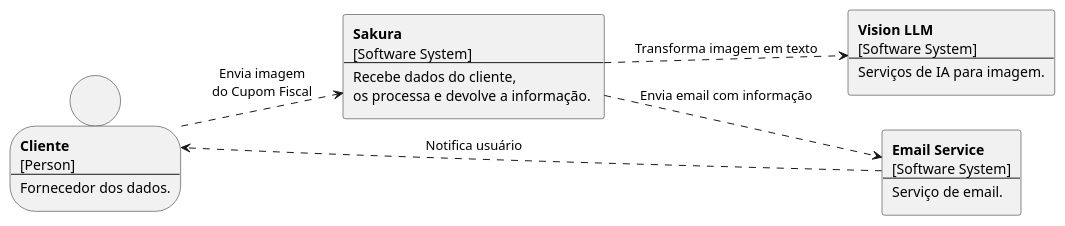
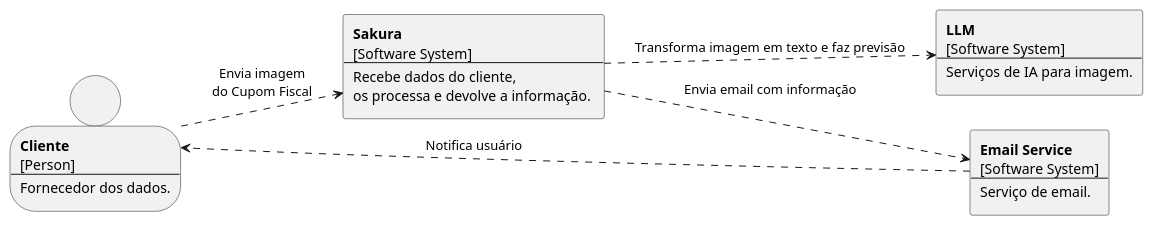
One commit to alvarengacarlos/Sakura changed the diagram in doc/c4-diagrams/1-system-context-diagram.plantuml. Above: the diagram before and after it, drawn with PlantUML. The commit also changed 2 other files, not shown here.

Commit message:
Fixes C4 diagrams renaming the software system Vision LLM to only LLM

```diff
--- a/doc/c4-diagrams/1-system-context-diagram.plantuml
+++ b/doc/c4-diagrams/1-system-context-diagram.plantuml
@@ -1,37 +1,37 @@
 @startuml
 left to right direction
 
 person C [
 <b>Cliente</b>
 [Person]
 ---
 Fornecedor dos dados.
 ]
 
 rectangle E [
 <b>Email Service</b>
 [Software System]
 ---
 Serviço de email.
 ]
 
 rectangle S [
 <b>Sakura</b>
 [Software System]
 ---
 Recebe dados do cliente, 
 os processa e devolve a informação. 
 ]
 
 rectangle VIA [
-<b>Vision LLM</b>
+<b>LLM</b>
 [Software System]
 ---
 Serviços de IA para imagem.
 ]
 
 C ..> S : Envia imagem\ndo Cupom Fiscal
-S ..> VIA : Transforma imagem em texto
+S ..> VIA : Transforma imagem em texto e faz previsão
 S ..> E : Envia email com informação
 E ..> C : Notifica usuário
 @enduml
```
